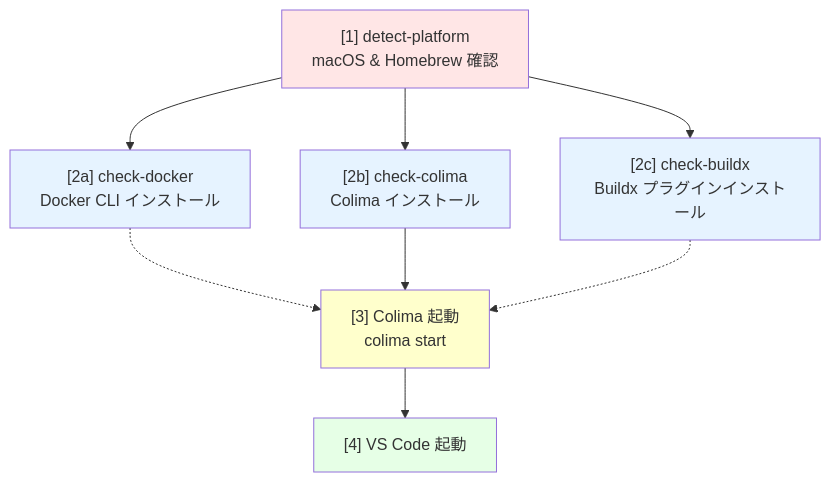
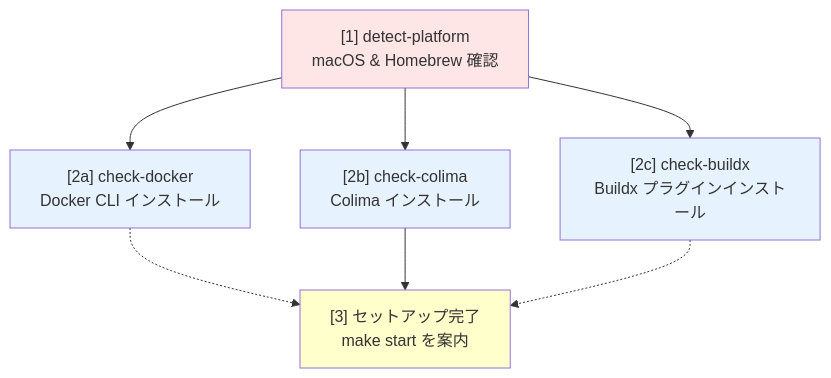
The third of 5 diagrams in MAKEFILE_GUIDE.md (BlueEventHorizon/AI-DevContainer), drawn with Mermaid before and after one commit. The commit also changed other lines of this file and 12 other files, not shown here.

````diff
--- a/MAKEFILE_GUIDE.md
+++ b/MAKEFILE_GUIDE.md
@@ -201,24 +241,21 @@
 ```mermaid
 graph TB
     STEP1["[1] detect-platform<br/>macOS & Homebrew 確認"]
     STEP2A["[2a] check-docker<br/>Docker CLI インストール"]
     STEP2B["[2b] check-colima<br/>Colima インストール"]
     STEP2C["[2c] check-buildx<br/>Buildx プラグインインストール"]
-    STEP3["[3] Colima 起動<br/>colima start"]
-    STEP4["[4] VS Code 起動"]
+    STEP3["[3] セットアップ完了<br/>make start を案内"]
 
     STEP1 --> STEP2A
     STEP1 --> STEP2B
     STEP1 --> STEP2C
     STEP2A -.-> STEP3
     STEP2B --> STEP3
     STEP2C -.-> STEP3
-    STEP3 --> STEP4
 
     style STEP1 fill:#ffe6e6
     style STEP2A fill:#e6f3ff
     style STEP2B fill:#e6f3ff
     style STEP2C fill:#e6f3ff
     style STEP3 fill:#ffffcc
-    style STEP4 fill:#e6ffe6
 ```
````
